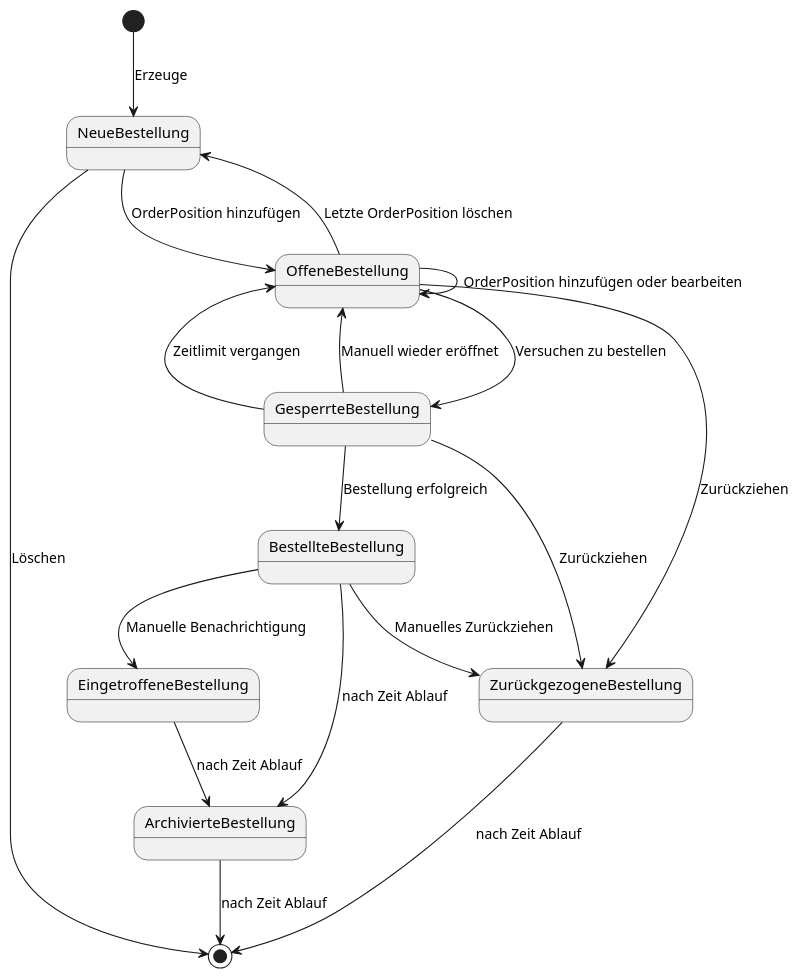
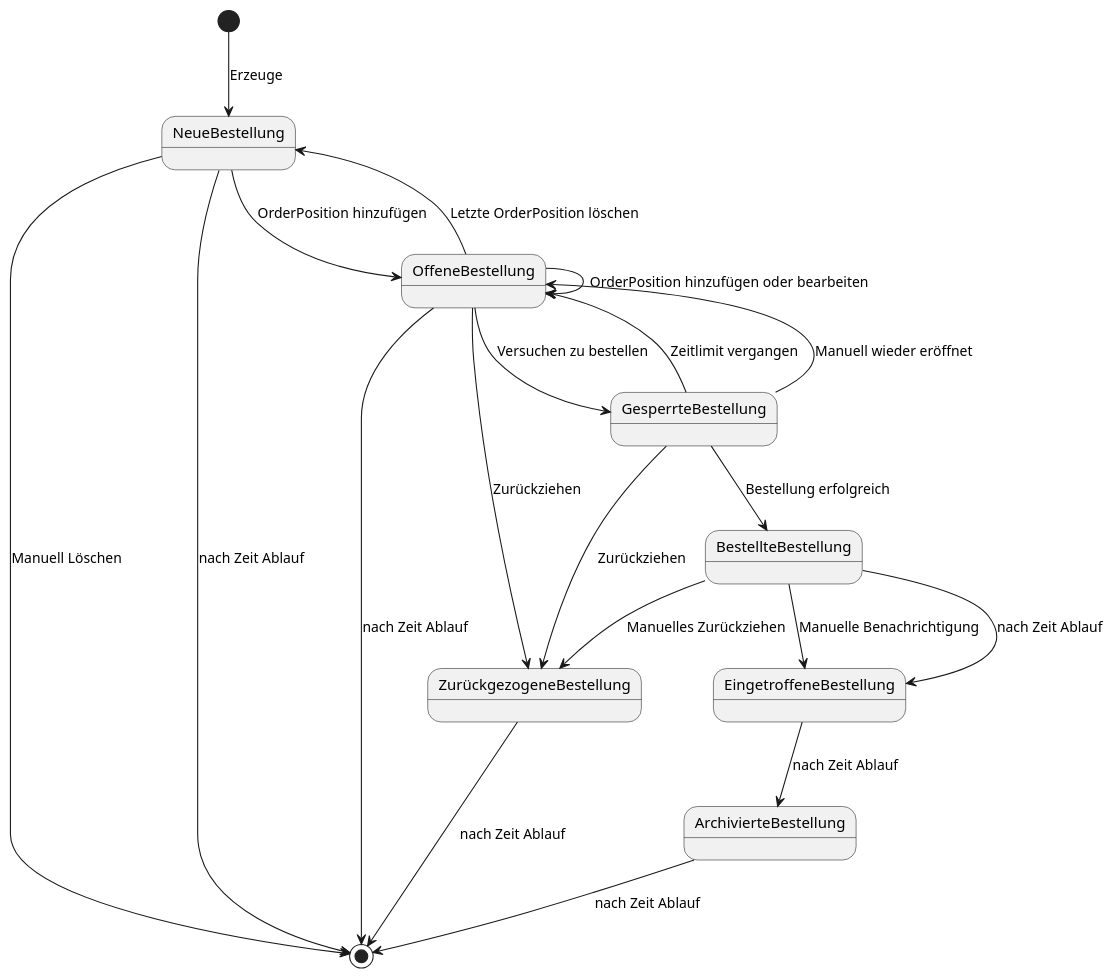
Before and after one commit to Skym0sh0/in-the-mealtime: the diagram in order-states.puml, drawn with PlantUML. The commit also changed 10 other files, not shown here.

```diff
--- a/order-states.puml
+++ b/order-states.puml
@@ -1,29 +1,30 @@
 @startuml
 [*] --> NeueBestellung : Erzeuge
 
-NeueBestellung -->[*]: Löschen
+NeueBestellung -->[*]: Manuell Löschen
+NeueBestellung --> [*]: nach Zeit Ablauf
 
 NeueBestellung --> OffeneBestellung : OrderPosition hinzufügen
 OffeneBestellung --> OffeneBestellung : OrderPosition hinzufügen oder bearbeiten
+OffeneBestellung --> [*]: nach Zeit Ablauf
 
 OffeneBestellung --> NeueBestellung: Letzte OrderPosition löschen
 
 OffeneBestellung --> GesperrteBestellung : Versuchen zu bestellen
 GesperrteBestellung --> OffeneBestellung : Zeitlimit vergangen
 GesperrteBestellung --> OffeneBestellung : Manuell wieder eröffnet
 GesperrteBestellung --> BestellteBestellung: Bestellung erfolgreich
 
 OffeneBestellung --> ZurückgezogeneBestellung : Zurückziehen
 GesperrteBestellung --> ZurückgezogeneBestellung : Zurückziehen
 ZurückgezogeneBestellung --> [*] : nach Zeit Ablauf
 
 BestellteBestellung --> EingetroffeneBestellung : Manuelle Benachrichtigung
+BestellteBestellung --> EingetroffeneBestellung: nach Zeit Ablauf
 
 BestellteBestellung --> ZurückgezogeneBestellung : Manuelles Zurückziehen
-
-BestellteBestellung --> ArchivierteBestellung: nach Zeit Ablauf
 EingetroffeneBestellung --> ArchivierteBestellung: nach Zeit Ablauf
 
 ArchivierteBestellung --> [*] : nach Zeit Ablauf
 
 @enduml
```
